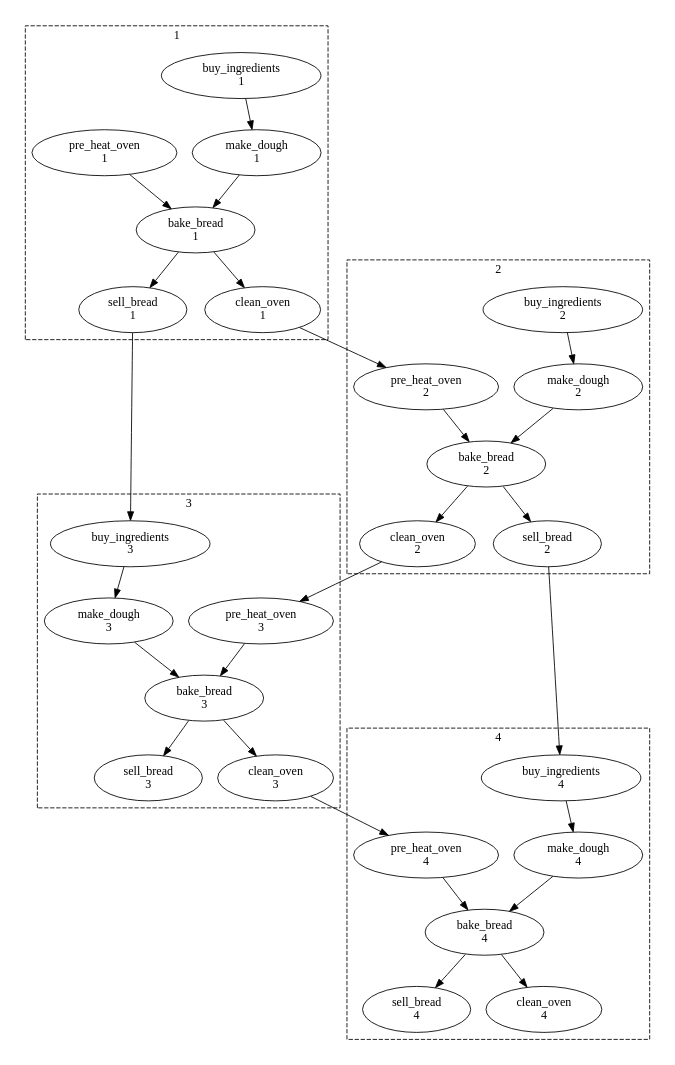
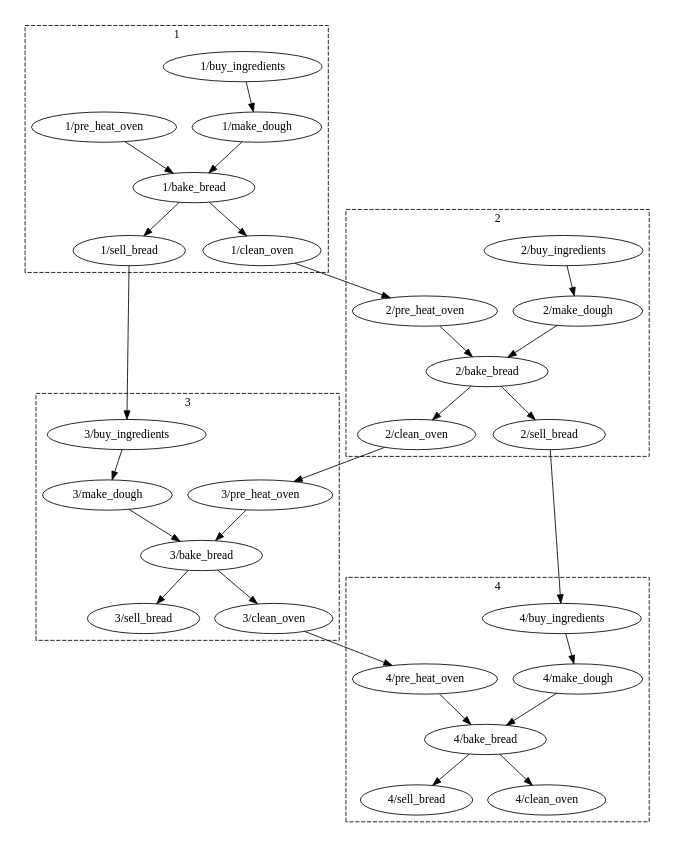
Before and after one commit to cylc/cylc-doc: the third of 4 diagrams in src/tutorial/scheduling/integer-cycling.rst, drawn with Graphviz. The commit also changed other lines of this file, not shown here.

```diff
--- a/src/tutorial/scheduling/integer-cycling.rst
+++ b/src/tutorial/scheduling/integer-cycling.rst
@@ -279,62 +279,62 @@
 .. digraph:: example
    :align: center
 
    size = "4.5,15"
 
    subgraph cluster_1 {
        label = 1
        style = dashed
-       "1/pur" [label="buy_ingredients\n1"]
-       "1/mak" [label="make_dough\n1"]
-       "1/bak" [label="bake_bread\n1"]
-       "1/sel" [label="sell_bread\n1"]
-       "1/cle" [label="clean_oven\n1"]
-       "1/pre" [label="pre_heat_oven\n1"]
+       "1/pur" [label="1/buy_ingredients"]
+       "1/mak" [label="1/make_dough"]
+       "1/bak" [label="1/bake_bread"]
+       "1/sel" [label="1/sell_bread"]
+       "1/cle" [label="1/clean_oven"]
+       "1/pre" [label="1/pre_heat_oven"]
    }
 
    subgraph cluster_2 {
        label = 2
        style = dashed
-       "2/pur" [label="buy_ingredients\n2"]
-       "2/mak" [label="make_dough\n2"]
-       "2/bak" [label="bake_bread\n2"]
-       "2/sel" [label="sell_bread\n2"]
-       "2/cle" [label="clean_oven\n2"]
-       "2/pre" [label="pre_heat_oven\n2"]
+       "2/pur" [label="2/buy_ingredients"]
+       "2/mak" [label="2/make_dough"]
+       "2/bak" [label="2/bake_bread"]
+       "2/sel" [label="2/sell_bread"]
+       "2/cle" [label="2/clean_oven"]
+       "2/pre" [label="2/pre_heat_oven"]
    }
 
    subgraph cluster_3 {
        label = 3
        style = dashed
-       "3/pur" [label="buy_ingredients\n3"]
-       "3/mak" [label="make_dough\n3"]
-       "3/bak" [label="bake_bread\n3"]
-       "3/sel" [label="sell_bread\n3"]
-       "3/cle" [label="clean_oven\n3"]
-       "3/pre" [label="pre_heat_oven\n3"]
+       "3/pur" [label="3/buy_ingredients"]
+       "3/mak" [label="3/make_dough"]
+       "3/bak" [label="3/bake_bread"]
+       "3/sel" [label="3/sell_bread"]
+       "3/cle" [label="3/clean_oven"]
+       "3/pre" [label="3/pre_heat_oven"]
    }
 
    subgraph cluster_4 {
        label = 4
        style = dashed
-       "4/pur" [label="buy_ingredients\n4"]
-       "4/mak" [label="make_dough\n4"]
-       "4/bak" [label="bake_bread\n4"]
-       "4/sel" [label="sell_bread\n4"]
-       "4/cle" [label="clean_oven\n4"]
-       "4/pre" [label="pre_heat_oven\n4"]
+       "4/pur" [label="4/buy_ingredients"]
+       "4/mak" [label="4/make_dough"]
+       "4/bak" [label="4/bake_bread"]
+       "4/sel" [label="4/sell_bread"]
+       "4/cle" [label="4/clean_oven"]
+       "4/pre" [label="4/pre_heat_oven"]
    }
 
    "1/pur" -> "1/mak" -> "1/bak" -> "1/sel"
    "1/pre" -> "1/bak" -> "1/cle"
    "1/cle" -> "2/pre"
    "1/sel" -> "3/pur"
    "2/pur" -> "2/mak" -> "2/bak" -> "2/sel"
    "2/pre" -> "2/bak" -> "2/cle"
    "2/cle" -> "3/pre"
    "2/sel" -> "4/pur"
    "3/pur" -> "3/mak" -> "3/bak" -> "3/sel"
    "3/pre" -> "3/bak" -> "3/cle"
    "3/cle" -> "4/pre"
    "4/pur" -> "4/mak" -> "4/bak" -> "4/sel"
    "4/pre" -> "4/bak" -> "4/cle"
```
